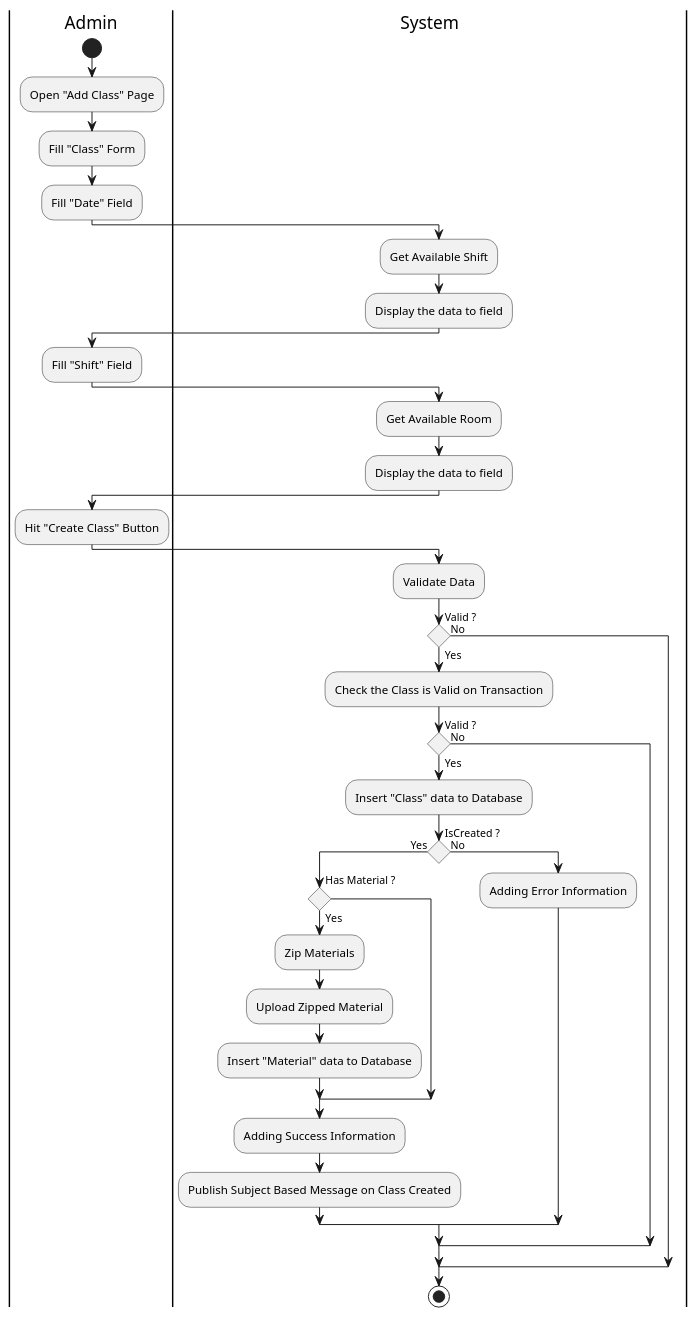
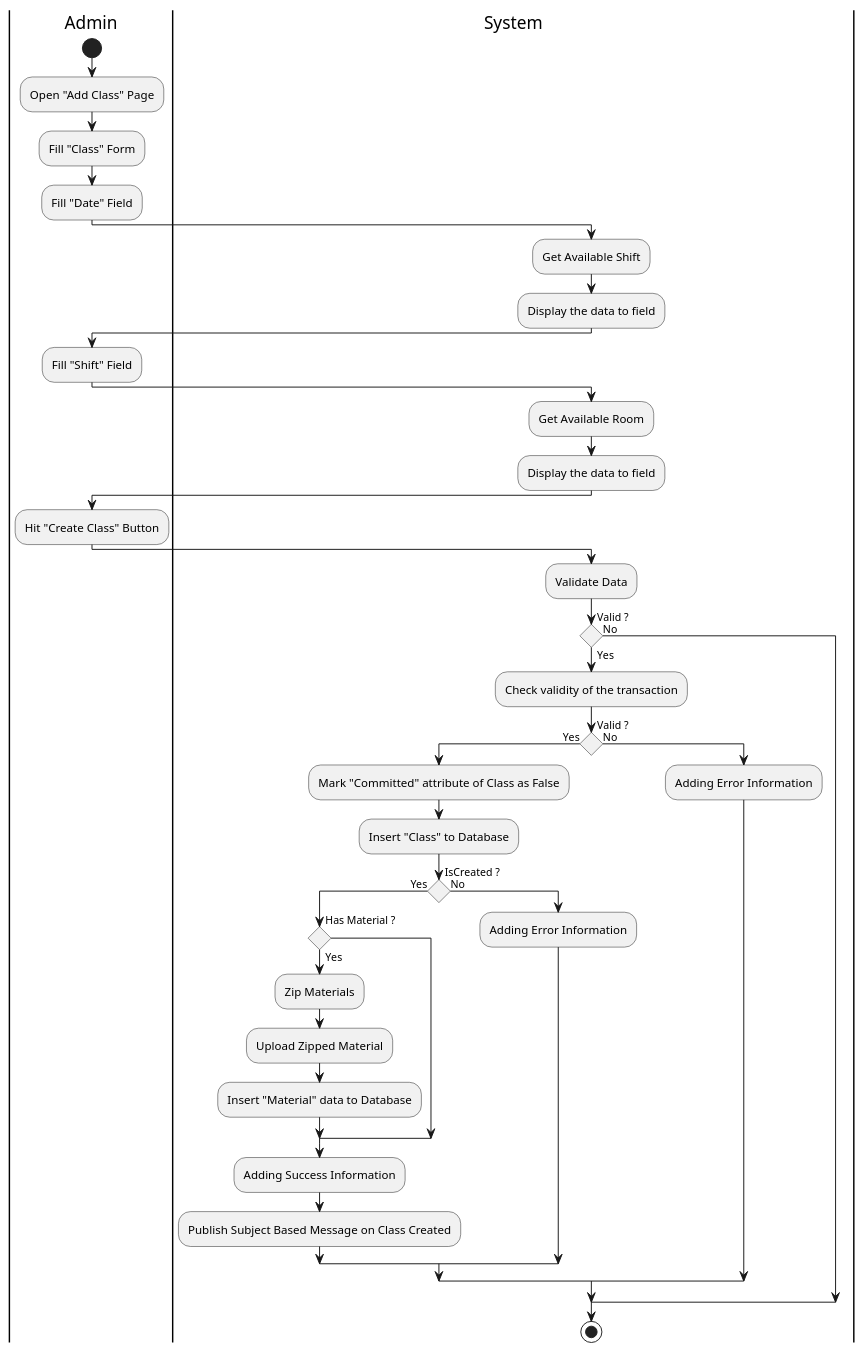
One commit to fwidjaya20/fazzlearning-uml changed the diagram in Activity/Release02/CreateClass.wsd. Above: the diagram before and after it, drawn with PlantUML. The commit also changed 18 other files, not shown here.

```diff
--- a/Activity/Release02/CreateClass.wsd
+++ b/Activity/Release02/CreateClass.wsd
@@ -1,54 +1,56 @@
 @startuml CreateClass
 
 skinparam ConditionEndStyle hline
 skinparam conditionStyle diamond
 skinparam Monochrome true
 skinparam Shadowing false
 
 |Admin|
 start
 :Open "Add Class" Page;
 :Fill "Class" Form;
 
 :Fill "Date" Field;
 
 |System|
 :Get Available Shift;
 :Display the data to field;
 
 |Admin|
 :Fill "Shift" Field;
 
 |System|
 :Get Available Room;
 :Display the data to field;
 
 |Admin|
 :Hit "Create Class" Button;
 
 |System|
 :Validate Data;
+
 if (Valid ?) then (Yes)
-    :Check the Class is Valid on Transaction;
+    :Check validity of the transaction;
 
     if (Valid ?) then (Yes)
-
-        :Insert "Class" data to Database;
+        :Mark "Committed" attribute of Class as False;
+        :Insert "Class" to Database;
         if (IsCreated ?) then (Yes)
             if (Has Material ?) then (Yes)
                 :Zip Materials;
                 :Upload Zipped Material;
                 :Insert "Material" data to Database;
             endif
             :Adding Success Information;
             :Publish Subject Based Message on Class Created;
         else (No)
             :Adding Error Information;
         endif
     else (No)
+        :Adding Error Information;
     endif
 else (No)
 endif
 stop
 
 @enduml
```
